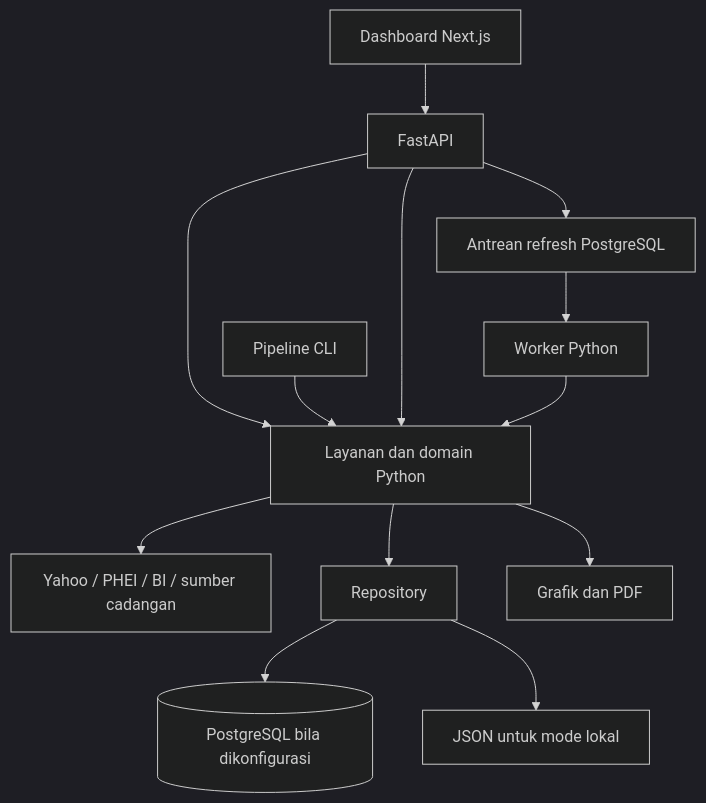
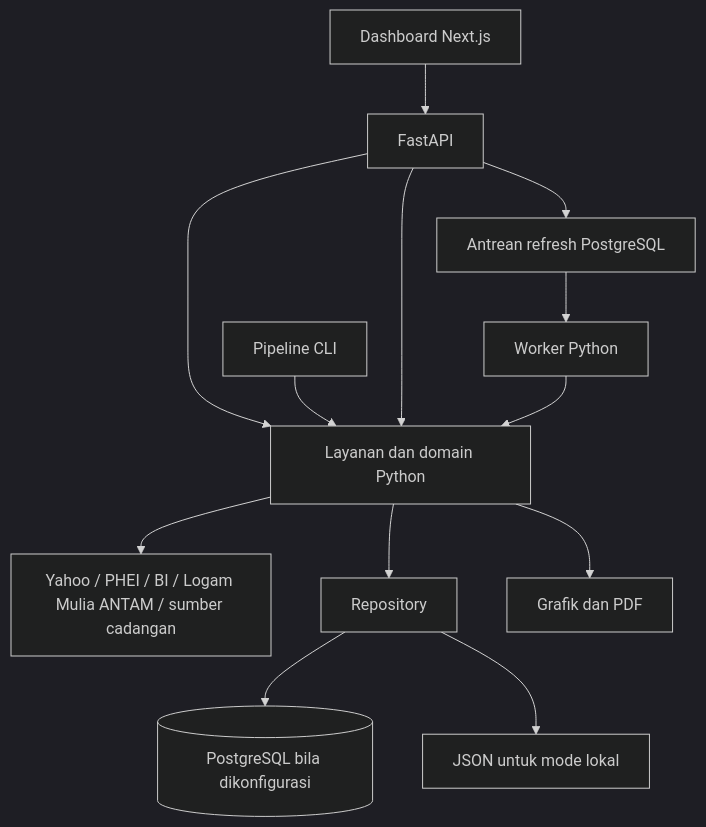
One commit to fajarwiguna/market-insights-dashboard changed the diagram in docs/PROJECT_BRIEF.md. Above: the diagram before and after it, drawn with Mermaid (dark theme). The commit also changed other lines of this file and 18 other files, not shown here.

````diff
--- a/docs/PROJECT_BRIEF.md
+++ b/docs/PROJECT_BRIEF.md
@@ -181,15 +237,15 @@
 ```mermaid
 flowchart TD
     WEB[Dashboard Next.js] --> API[FastAPI]
     API --> C[Layanan dan domain Python]
     CLI[Pipeline CLI] --> C
     API[FastAPI] --> C
     API --> Q[Antrean refresh PostgreSQL]
     Q --> W[Worker Python]
     W --> C
-    C --> P[Yahoo / PHEI / BI / sumber cadangan]
+    C --> P[Yahoo / PHEI / BI / Logam Mulia ANTAM / sumber cadangan]
     C --> R[Repository]
     R --> DB[(PostgreSQL bila dikonfigurasi)]
     R --> J[JSON untuk mode lokal]
     C --> PDF[Grafik dan PDF]
 ```
````
